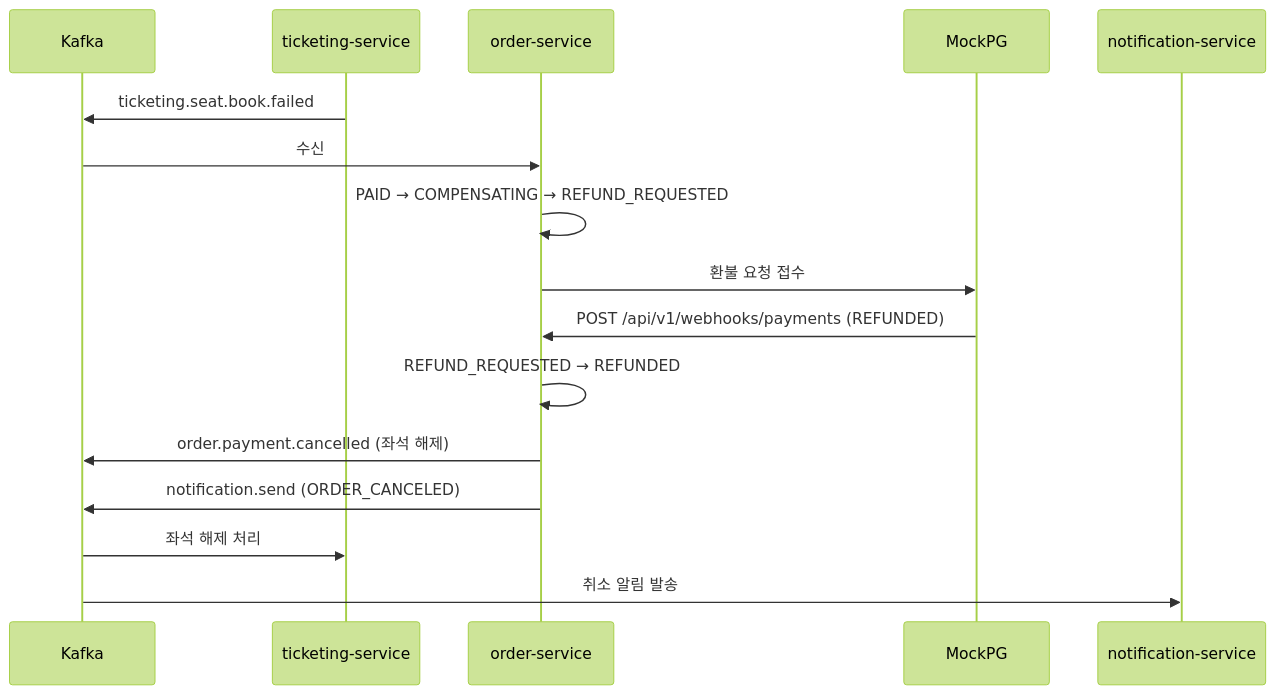
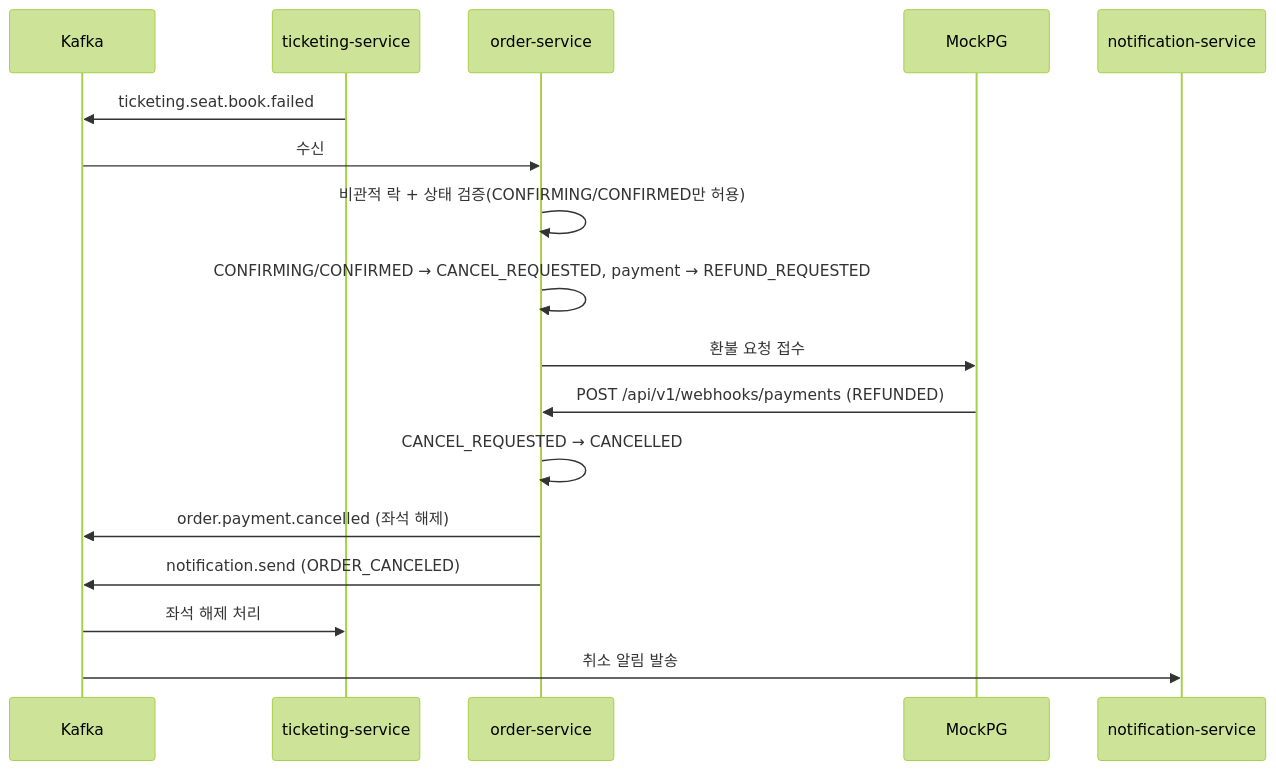
One commit to 6pm-sparta/6pm changed the sixth of 8 diagrams in docs/order-service/flows.md. Above: the diagram before and after it, drawn with Mermaid (forest theme). The commit also changed other lines of this file and 12 other files, not shown here.

````diff
--- a/docs/order-service/flows.md
+++ b/docs/order-service/flows.md
@@ -223,20 +240,21 @@
 ```mermaid
 sequenceDiagram
     participant K as Kafka
     participant T as ticketing-service
     participant O as order-service
     participant PG as MockPG
     participant N as notification-service
 
     T->>K: ticketing.seat.book.failed
     K->>O: 수신
-    O->>O: PAID → COMPENSATING → REFUND_REQUESTED
+    O->>O: 비관적 락 + 상태 검증(CONFIRMING/CONFIRMED만 허용)
+    O->>O: CONFIRMING/CONFIRMED → CANCEL_REQUESTED, payment → REFUND_REQUESTED
     O->>PG: 환불 요청 접수
 
     PG->>O: POST /api/v1/webhooks/payments (REFUNDED)
-    O->>O: REFUND_REQUESTED → REFUNDED
+    O->>O: CANCEL_REQUESTED → CANCELLED
     O->>K: order.payment.cancelled (좌석 해제)
     O->>K: notification.send (ORDER_CANCELED)
     K->>T: 좌석 해제 처리
     K->>N: 취소 알림 발송
 ```
````
